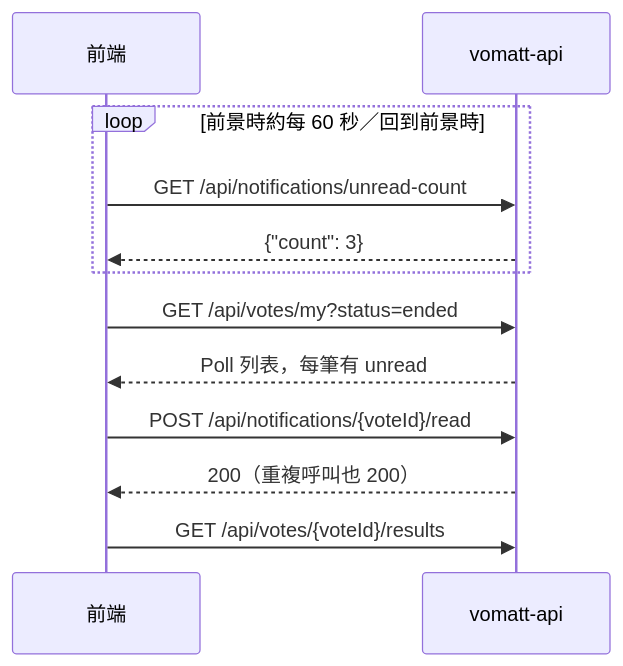
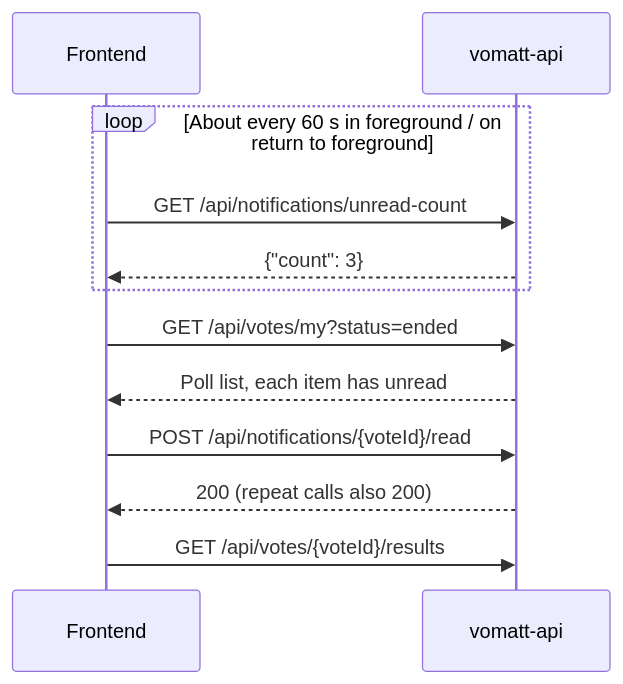
Before and after one commit to vomatt/vomatt-api: the diagram in docs/frontend/flows/notifications.md, drawn with Mermaid. The commit also changed other lines of this file and 91 other files, not shown here.

````diff
--- a/docs/frontend/flows/notifications.md
+++ b/docs/frontend/flows/notifications.md
@@ -7,14 +7,14 @@
 ```mermaid
 sequenceDiagram
-    participant FE as 前端
+    participant FE as Frontend
     participant API as vomatt-api
-    loop 前景時約每 60 秒／回到前景時
+    loop About every 60 s in foreground / on return to foreground
         FE->>API: GET /api/notifications/unread-count
         API-->>FE: {"count": 3}
     end
     FE->>API: GET /api/votes/my?status=ended
-    API-->>FE: Poll 列表，每筆有 unread
+    API-->>FE: Poll list, each item has unread
     FE->>API: POST /api/notifications/{voteId}/read
-    API-->>FE: 200（重複呼叫也 200）
+    API-->>FE: 200 (repeat calls also 200)
     FE->>API: GET /api/votes/{voteId}/results
 ```
````
